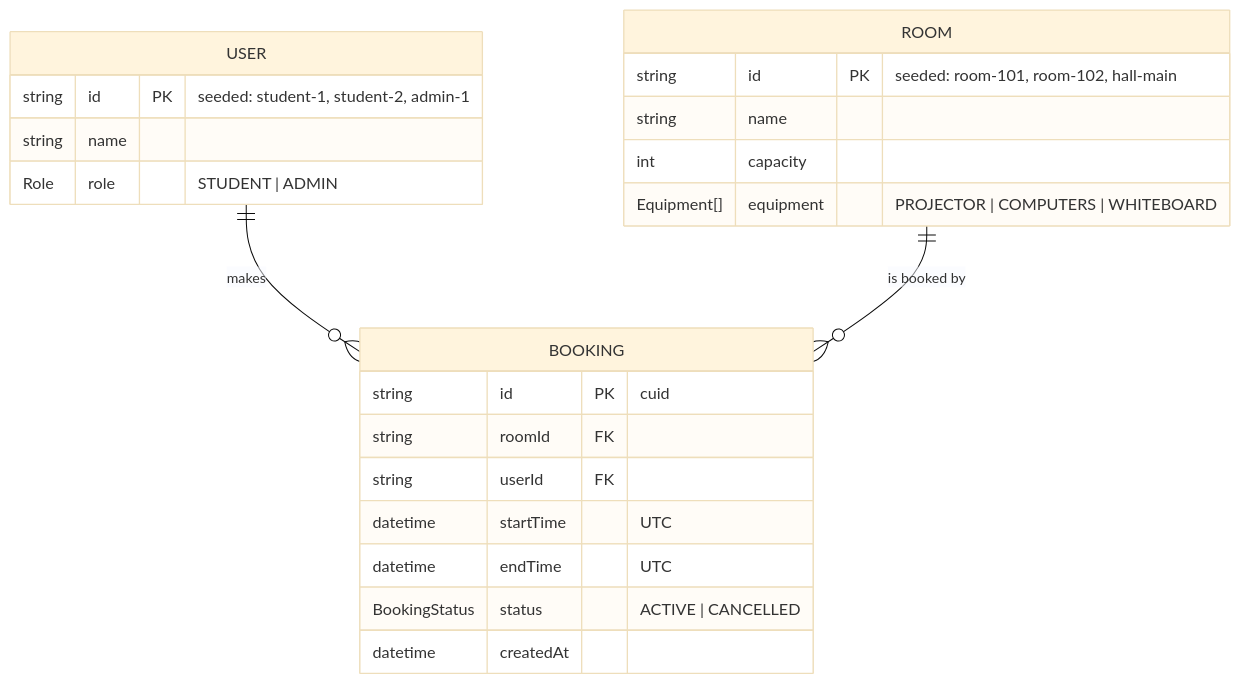
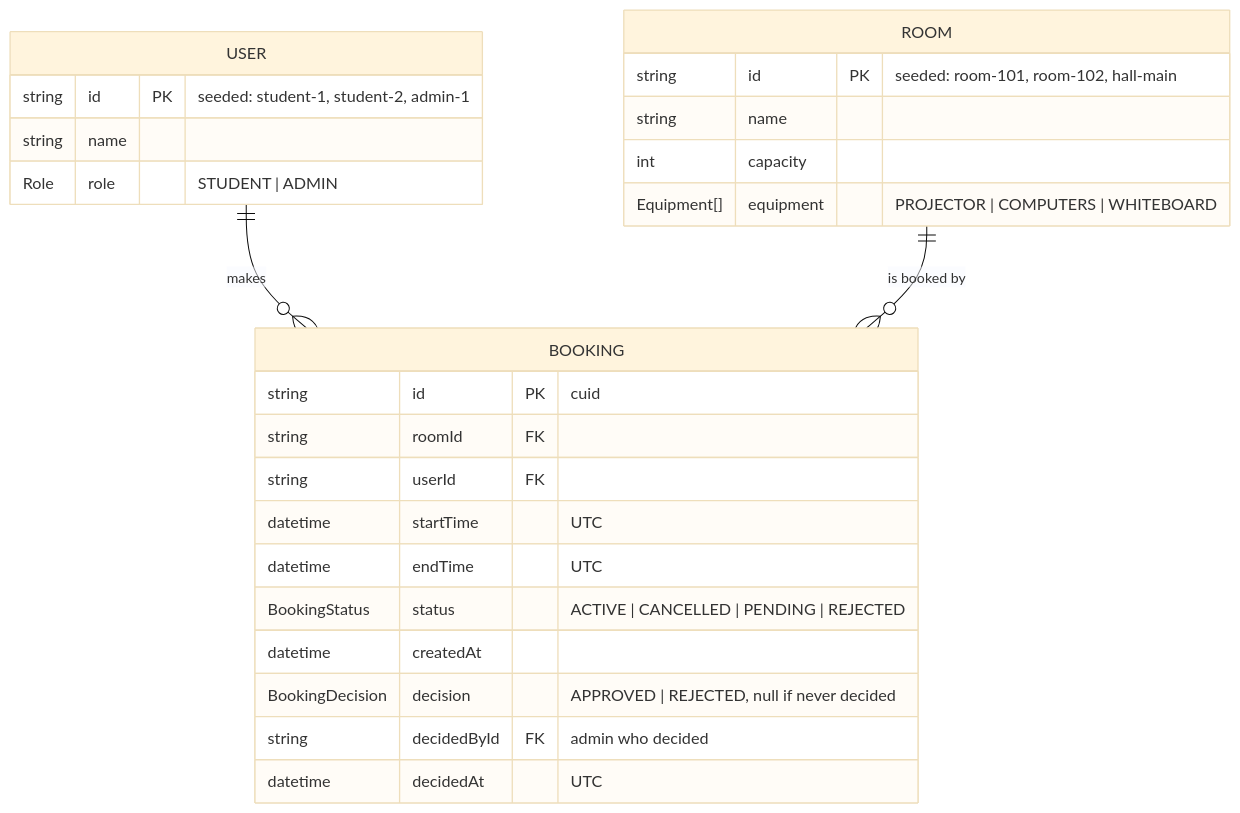
One commit to kulakdev/knu-krpp-group changed the first of 3 diagrams in docs/domain-model.md. Above: the diagram before and after it, drawn with Mermaid (base theme). The commit also changed other lines of this file and 4 other files, not shown here.

````diff
--- a/docs/domain-model.md
+++ b/docs/domain-model.md
@@ -5,26 +5,29 @@
 ```mermaid
 erDiagram
     USER ||--o{ BOOKING : makes
     ROOM ||--o{ BOOKING : "is booked by"
 
     USER {
         string id PK "seeded: student-1, student-2, admin-1"
         string name
         Role   role "STUDENT | ADMIN"
     }
     ROOM {
         string id PK "seeded: room-101, room-102, hall-main"
         string name
         int    capacity
         Equipment[] equipment "PROJECTOR | COMPUTERS | WHITEBOARD"
     }
     BOOKING {
         string id PK "cuid"
         string roomId FK
         string userId FK
         datetime startTime "UTC"
         datetime endTime "UTC"
-        BookingStatus status "ACTIVE | CANCELLED"
+        BookingStatus status "ACTIVE | CANCELLED | PENDING | REJECTED"
         datetime createdAt
+        BookingDecision decision "APPROVED | REJECTED, null if never decided"
+        string decidedById FK "admin who decided"
+        datetime decidedAt "UTC"
     }
 ```
````
